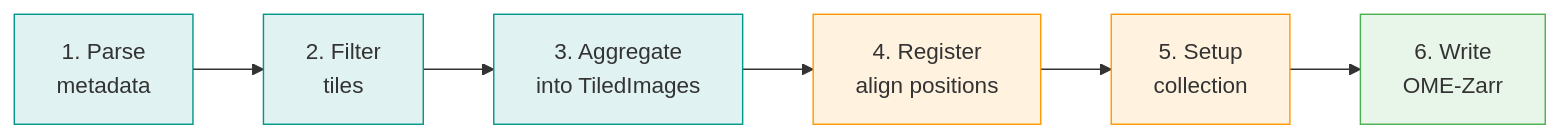
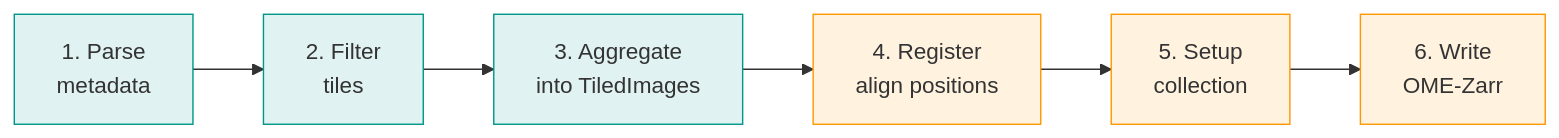
Before and after one commit to BioVisionCenter/ome-zarr-converters-tools: the second of 2 diagrams in docs/index.md, drawn with Mermaid. The commit also changed 1 other file, not shown here.

Commit message:
update style

````diff
--- a/docs/index.md
+++ b/docs/index.md
@@ -54,15 +54,15 @@
 ```mermaid
 flowchart LR
     A["1. Parse<br>metadata"] --> B["2. Filter<br>tiles"]
     B --> C["3. Aggregate<br>into TiledImages"]
     C --> D["4. Register<br>align positions"]
     D --> E["5. Setup<br>collection"]
     E --> F["6. Write<br>OME-Zarr"]
 
     style A fill:#e0f2f1,stroke:#009688
     style B fill:#e0f2f1,stroke:#009688
     style C fill:#e0f2f1,stroke:#009688
     style D fill:#fff3e0,stroke:#ff9800
     style E fill:#fff3e0,stroke:#ff9800
-    style F fill:#e8f5e9,stroke:#4caf50
+    style F fill:#fff3e0,stroke:#ff9800
 ```
````
